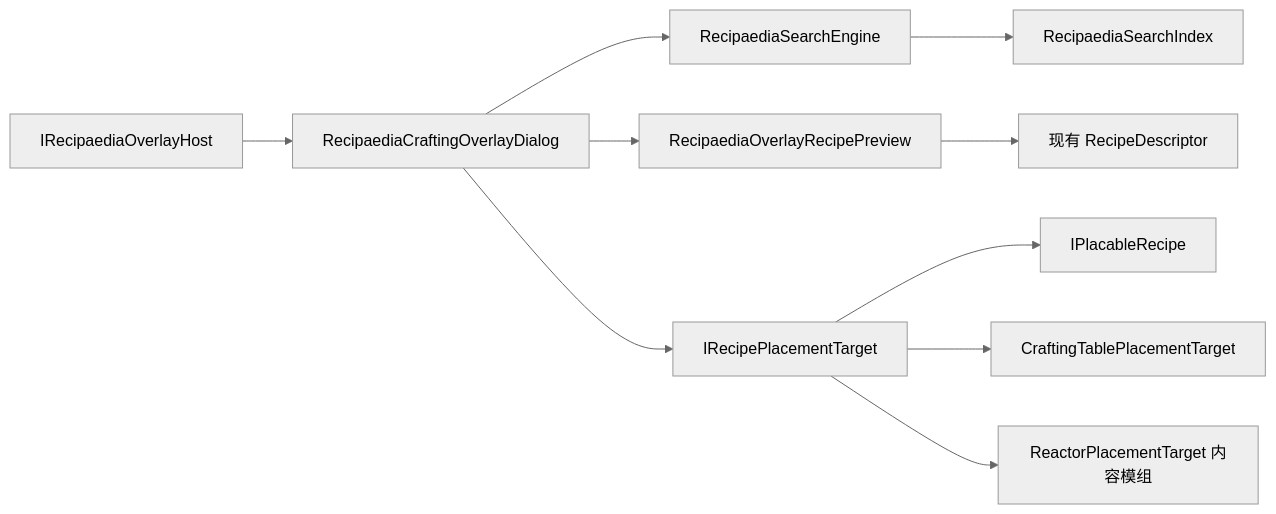
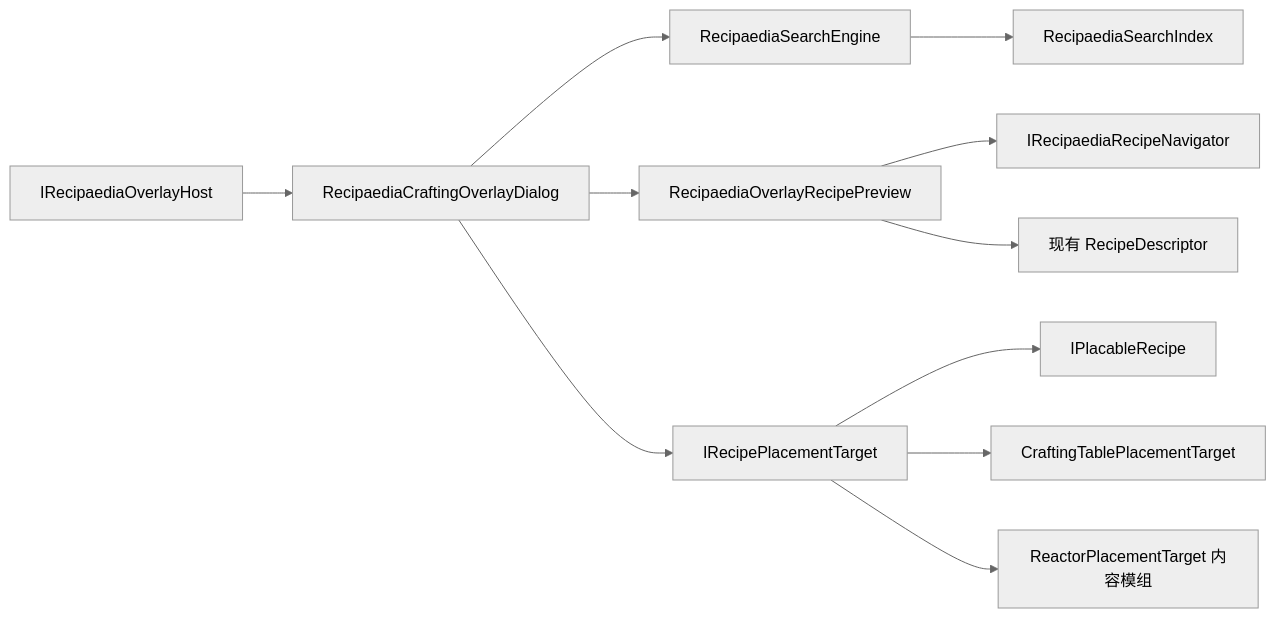
One commit to CS-LX/RecipaediaEX changed the second of 2 diagrams in docs/工作台悬浮助手策划.md. Above: the diagram before and after it, drawn with Mermaid (neutral theme). The commit also changed other lines of this file and 2 other files, not shown here.

First line of the commit message:
docs: 合成助手策划 v0.4 评审决议（Navigator、All Blocks、JEI 右栏）

````diff
--- a/docs/工作台悬浮助手策划.md
+++ b/docs/工作台悬浮助手策划.md
@@ -203,19 +229,20 @@
 ```mermaid
 flowchart LR
   Host[IRecipaediaOverlayHost]
   Dialog[RecipaediaCraftingOverlayDialog]
   Engine[RecipaediaSearchEngine]
   Index[RecipaediaSearchIndex]
   Preview[RecipaediaOverlayRecipePreview]
   Place[IRecipePlacementTarget]
   Placable[IPlacableRecipe]
   Host --> Dialog
   Dialog --> Engine
   Engine --> Index
   Dialog --> Preview
+  Preview --> Navigator[IRecipaediaRecipeNavigator]
   Preview --> Descriptor[现有 RecipeDescriptor]
   Dialog --> Place
   Place --> Placable
   Place --> CraftTable[CraftingTablePlacementTarget]
   Place --> Reactor[ReactorPlacementTarget 内容模组]
 ```
````
